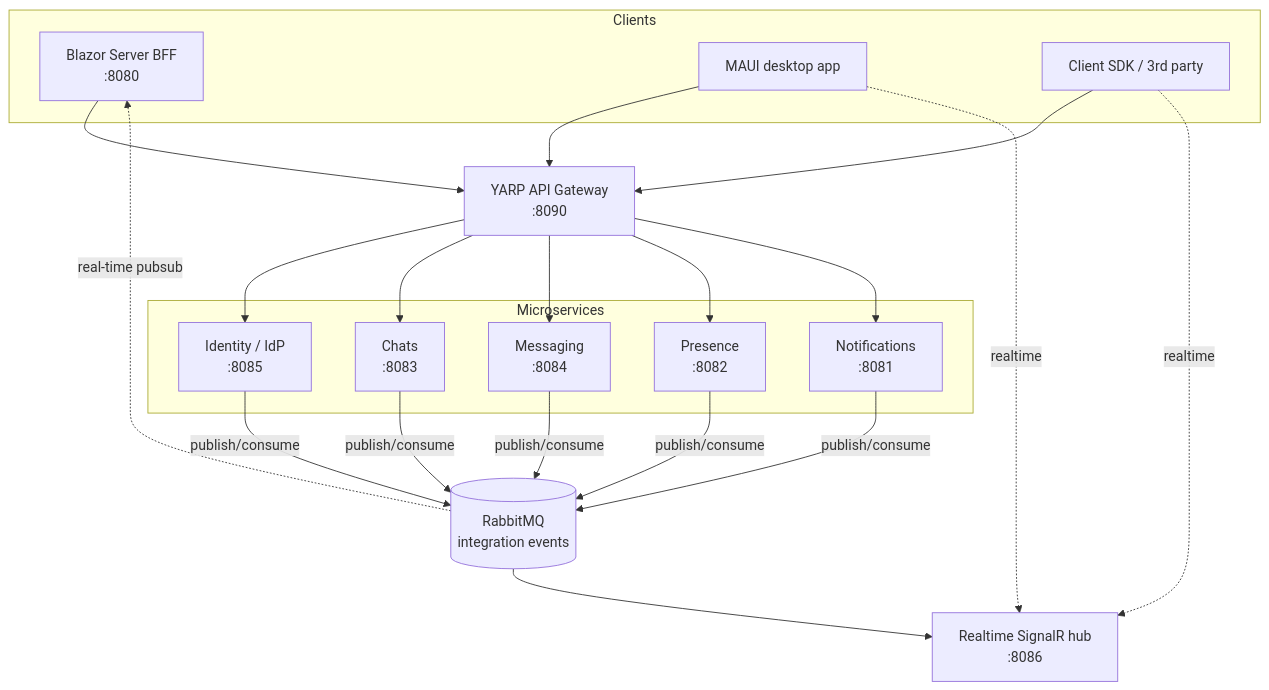
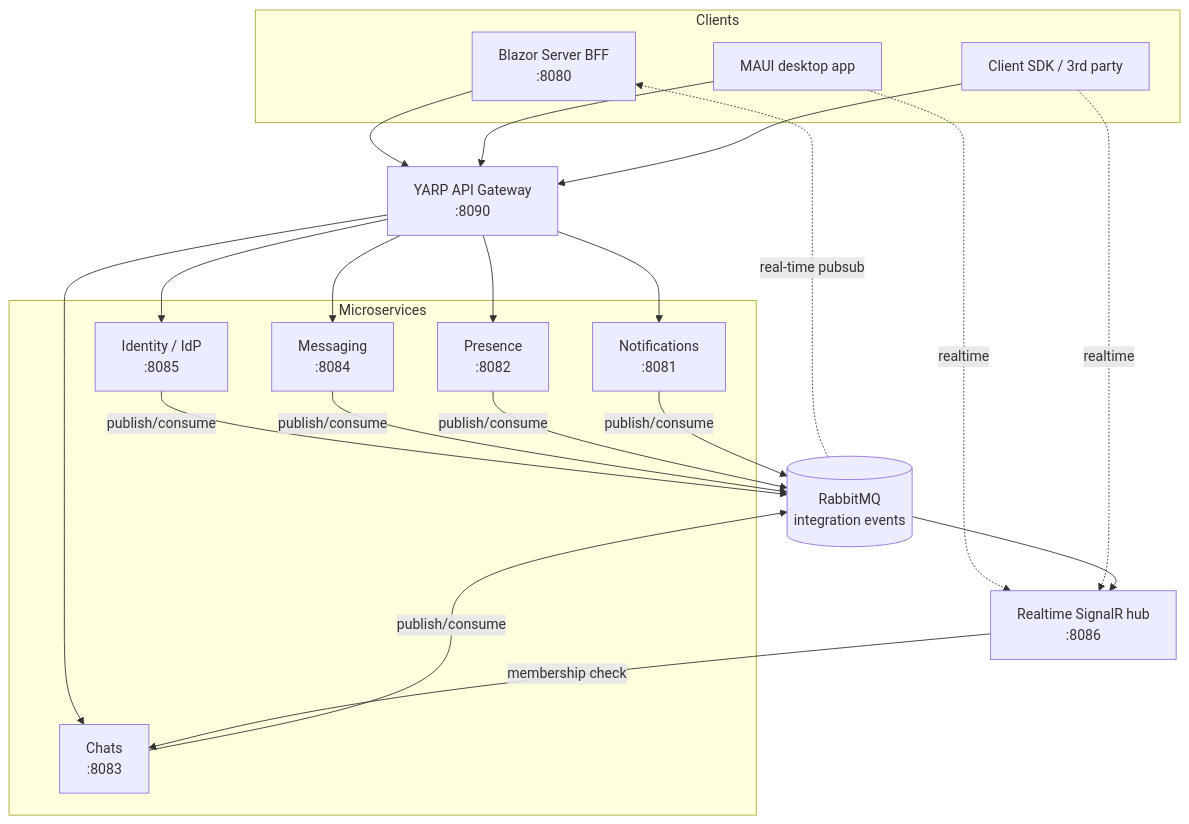
Before and after one commit to RostyslavArtiukh/telegram-like: the diagram in README.md, drawn with Mermaid. The commit also changed other lines of this file, not shown here.

````diff
--- a/README.md
+++ b/README.md
@@ -25,32 +25,33 @@
 ```mermaid
 flowchart TB
     subgraph clients[Clients]
         web[Blazor Server BFF<br/>:8080]
         maui[MAUI desktop app]
         sdk[Client SDK / 3rd party]
     end
 
     gw[YARP API Gateway<br/>:8090]
     hub[Realtime SignalR hub<br/>:8086]
 
     subgraph svcs[Microservices]
         identity[Identity / IdP<br/>:8085]
         chats[Chats<br/>:8083]
         messaging[Messaging<br/>:8084]
         presence[Presence<br/>:8082]
         notifications[Notifications<br/>:8081]
     end
 
     bus[(RabbitMQ<br/>integration events)]
 
     web --> gw
     maui --> gw
     sdk --> gw
     gw --> identity & chats & messaging & presence & notifications
 
     maui -. realtime .-> hub
     sdk -. realtime .-> hub
     identity & chats & messaging & presence & notifications -->|publish/consume| bus
     bus --> hub
     bus -. real-time pubsub .-> web
+    hub -->|membership check| chats
 ```
````
